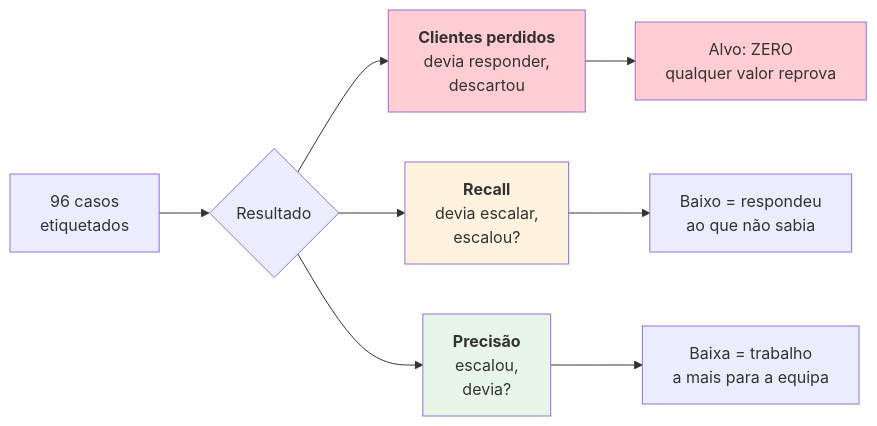
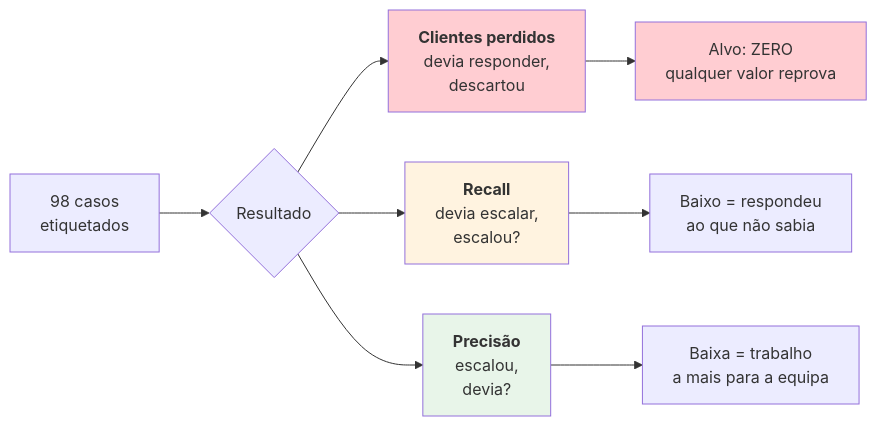
The diagram in docs/01-overview/problem-and-solution.md (joaocarvalhini/Outlook-Reply-Assistant), drawn with Mermaid before and after one commit. The commit also changed 9 other files, not shown here.

````diff
--- a/docs/01-overview/problem-and-solution.md
+++ b/docs/01-overview/problem-and-solution.md
@@ -70,16 +70,16 @@
 ```mermaid
 flowchart LR
-    A["96 casos<br/>etiquetados"] --> B{"Resultado"}
+    A["98 casos<br/>etiquetados"] --> B{"Resultado"}
     B --> C["<b>Clientes perdidos</b><br/>devia responder,<br/>descartou"]
     B --> D["<b>Recall</b><br/>devia escalar,<br/>escalou?"]
     B --> E["<b>Precisão</b><br/>escalou,<br/>devia?"]
 
     C --> F["Alvo: ZERO<br/>qualquer valor reprova"]
     D --> G["Baixo = respondeu<br/>ao que não sabia"]
     E --> H["Baixa = trabalho<br/>a mais para a equipa"]
 
     style C fill:#ffcdd2
     style F fill:#ffcdd2
     style D fill:#fff3e0
     style E fill:#e8f5e9
 ```
````
